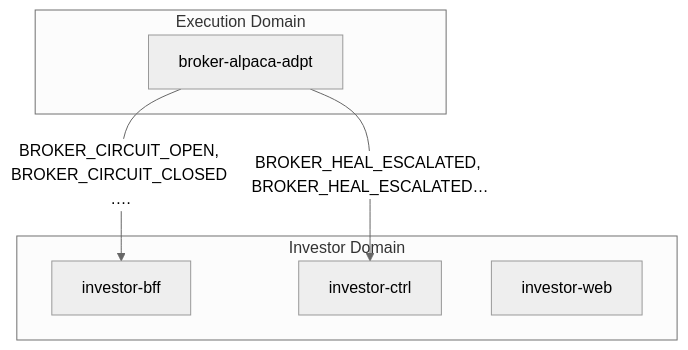
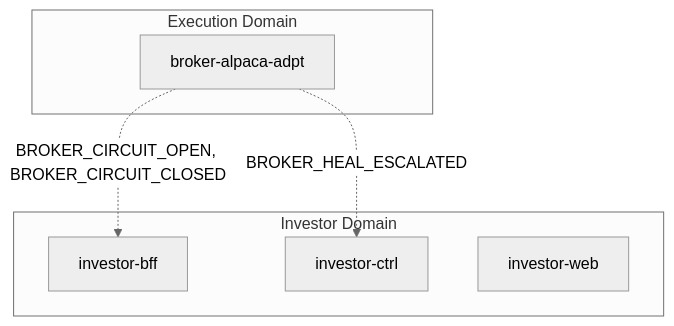
One commit to fabio-vitali/nestfolio changed the first of 2 diagrams in docs/data-flows/broker-circuit-breaker.md. Above: the diagram before and after it, drawn with Mermaid (neutral theme). The commit also changed other lines of this file and 25 other files, not shown here.

First line of the commit message:
docs(data-flows): sync flow specs to code + harden generator

````diff
--- a/docs/data-flows/broker-circuit-breaker.md
+++ b/docs/data-flows/broker-circuit-breaker.md
@@ -11,13 +11,13 @@
 ```mermaid
 flowchart TD
     subgraph execution["Execution Domain"]
         broker_alpaca_adpt["broker-alpaca-adpt"]
     end
     subgraph investor["Investor Domain"]
         investor_bff["investor-bff"]
         investor_ctrl["investor-ctrl"]
         investor_web["investor-web"]
     end
-    broker_alpaca_adpt -->|"BROKER_CIRCUIT_OPEN, BROKER_CIRCUIT_CLOSED .…"| investor_bff
-    broker_alpaca_adpt -->|"BROKER_HEAL_ESCALATED, BROKER_HEAL_ESCALATED…"| investor_ctrl
+    broker_alpaca_adpt -.->|"BROKER_CIRCUIT_OPEN, BROKER_CIRCUIT_CLOSED"| investor_bff
+    broker_alpaca_adpt -.->|"BROKER_HEAL_ESCALATED"| investor_ctrl
 ```
````
